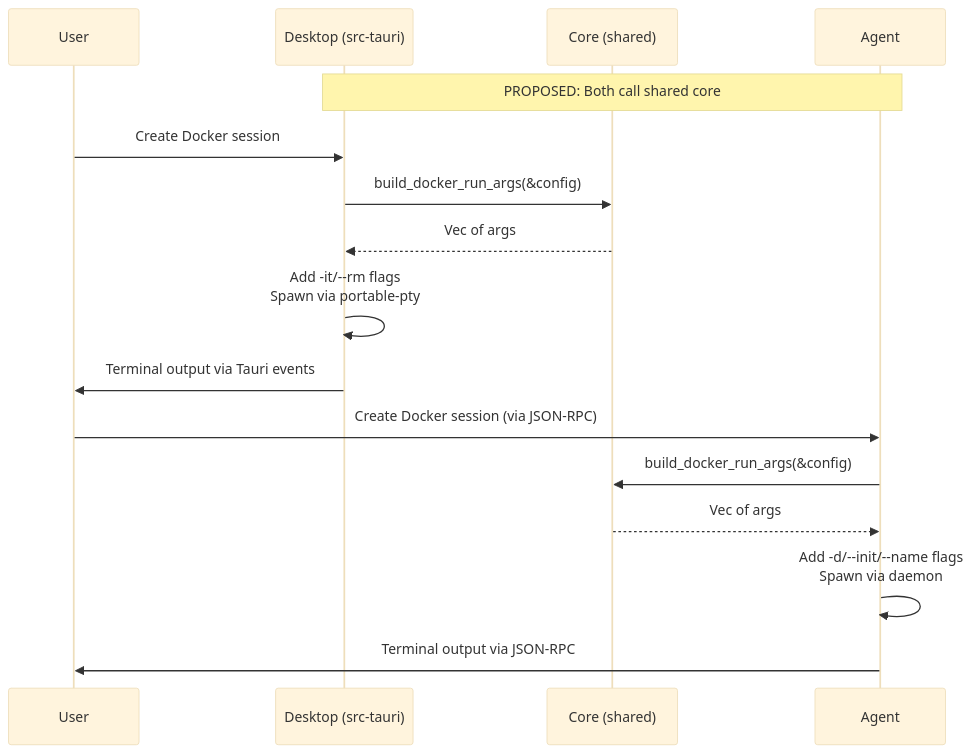
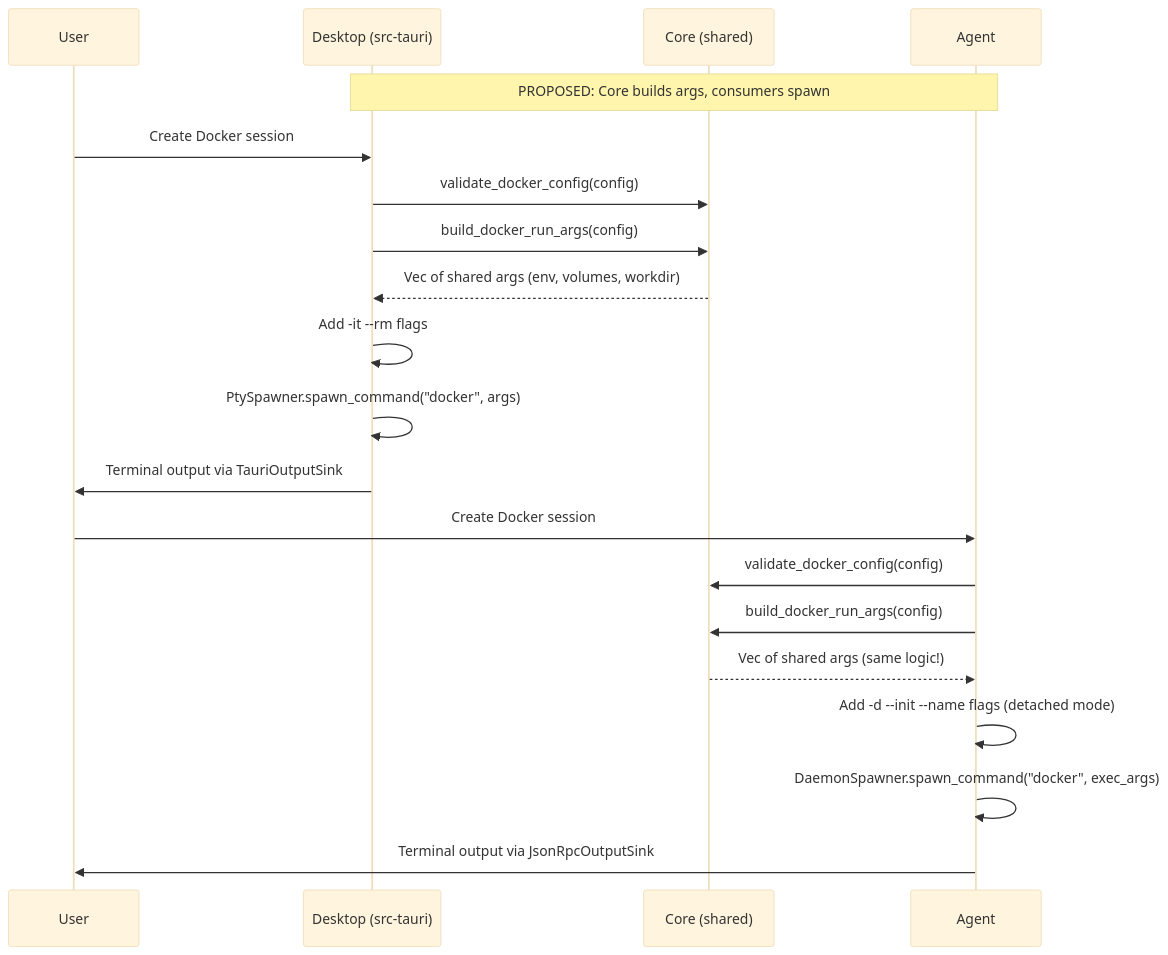
Before and after one commit to armaxri/termiHub: the seventh of 10 diagrams in docs/concepts/shared-rust-core.md, drawn with Mermaid (base theme). The commit also changed other lines of this file, not shown here.

First line of the commit message:
docs(concept): rewrite shared-rust-core as backend engine, not utility crate

````diff
--- a/docs/concepts/shared-rust-core.md
+++ b/docs/concepts/shared-rust-core.md
@@ -458,20 +930,24 @@
 ```mermaid
 sequenceDiagram
     participant User
     participant Desktop as Desktop (src-tauri)
     participant Core as Core (shared)
     participant Agent as Agent
 
-    Note over Desktop,Agent: PROPOSED: Both call shared core
+    Note over Desktop,Agent: PROPOSED: Core builds args, consumers spawn
     User->>Desktop: Create Docker session
-    Desktop->>Core: build_docker_run_args(&config)
-    Core-->>Desktop: Vec of args
-    Desktop->>Desktop: Add -it/--rm flags<br/>Spawn via portable-pty
-    Desktop->>User: Terminal output via Tauri events
+    Desktop->>Core: validate_docker_config(config)
+    Desktop->>Core: build_docker_run_args(config)
+    Core-->>Desktop: Vec of shared args (env, volumes, workdir)
+    Desktop->>Desktop: Add -it --rm flags
+    Desktop->>Desktop: PtySpawner.spawn_command("docker", args)
+    Desktop->>User: Terminal output via TauriOutputSink
 
-    User->>Agent: Create Docker session (via JSON-RPC)
-    Agent->>Core: build_docker_run_args(&config)
-    Core-->>Agent: Vec of args
-    Agent->>Agent: Add -d/--init/--name flags<br/>Spawn via daemon
-    Agent->>User: Terminal output via JSON-RPC
+    User->>Agent: Create Docker session
+    Agent->>Core: validate_docker_config(config)
+    Agent->>Core: build_docker_run_args(config)
+    Core-->>Agent: Vec of shared args (same logic!)
+    Agent->>Agent: Add -d --init --name flags (detached mode)
+    Agent->>Agent: DaemonSpawner.spawn_command("docker", exec_args)
+    Agent->>User: Terminal output via JsonRpcOutputSink
 ```
````
